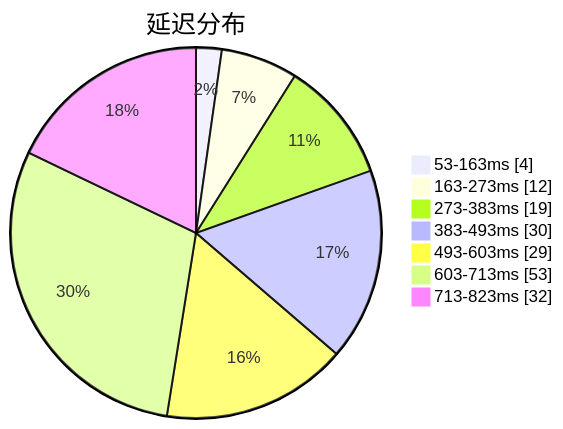
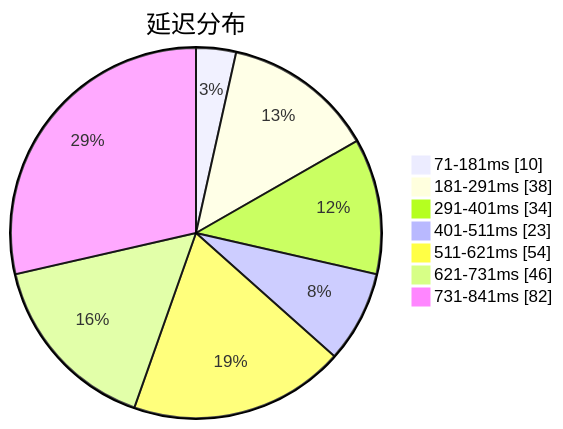
The first of 3 diagrams in subs/statistics/tested_within.md (sinspired/airport), drawn with Mermaid before and after one commit. The commit also changed other lines of this file and 2 other files, not shown here.

````diff
--- a/subs/statistics/tested_within.md
+++ b/subs/statistics/tested_within.md
@@ -2,11 +2,11 @@
 ```mermaid
 pie showData
 title 延迟分布
-"53-163ms" : 4
-"163-273ms" : 12
-"273-383ms" : 19
-"383-493ms" : 30
-"493-603ms" : 29
-"603-713ms" : 53
-"713-823ms" : 32
+"71-181ms" : 10
+"181-291ms" : 38
+"291-401ms" : 34
+"401-511ms" : 23
+"511-621ms" : 54
+"621-731ms" : 46
+"731-841ms" : 82
 ```
````
